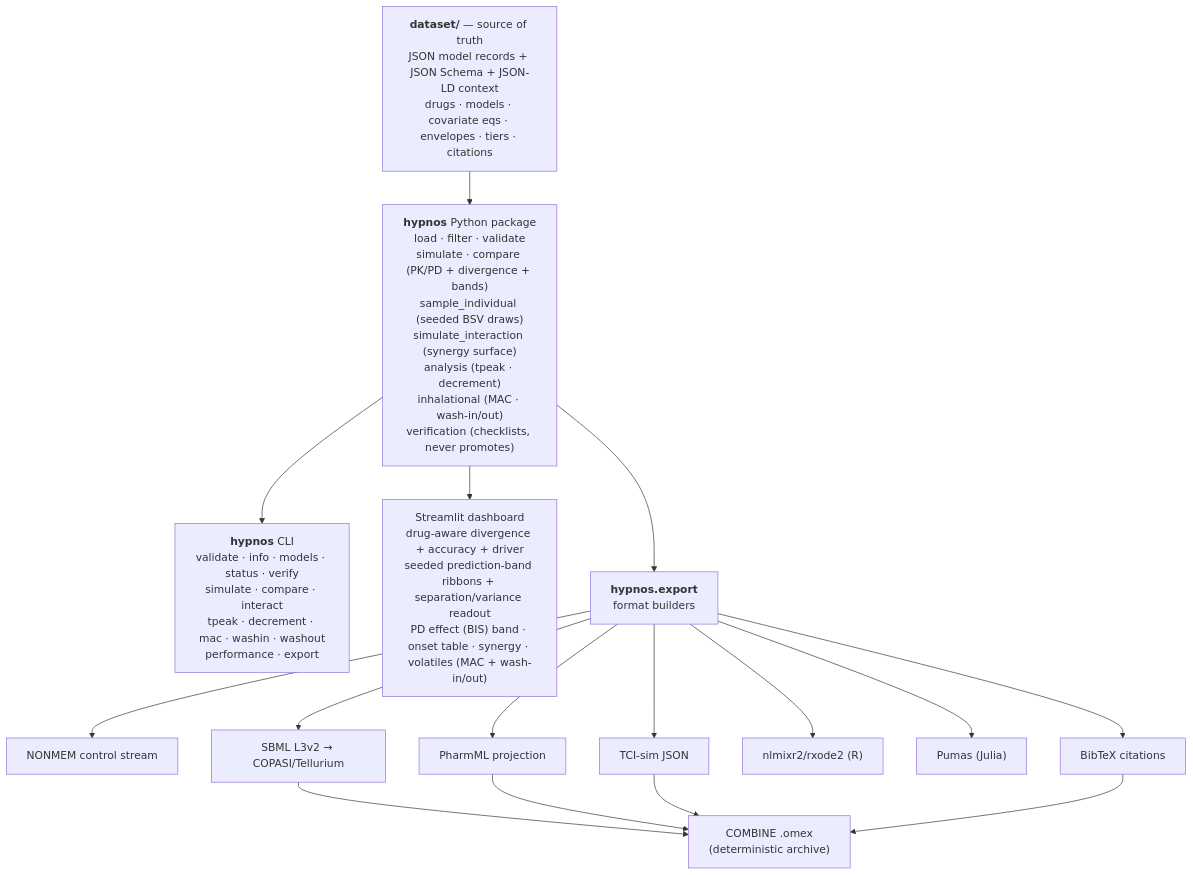
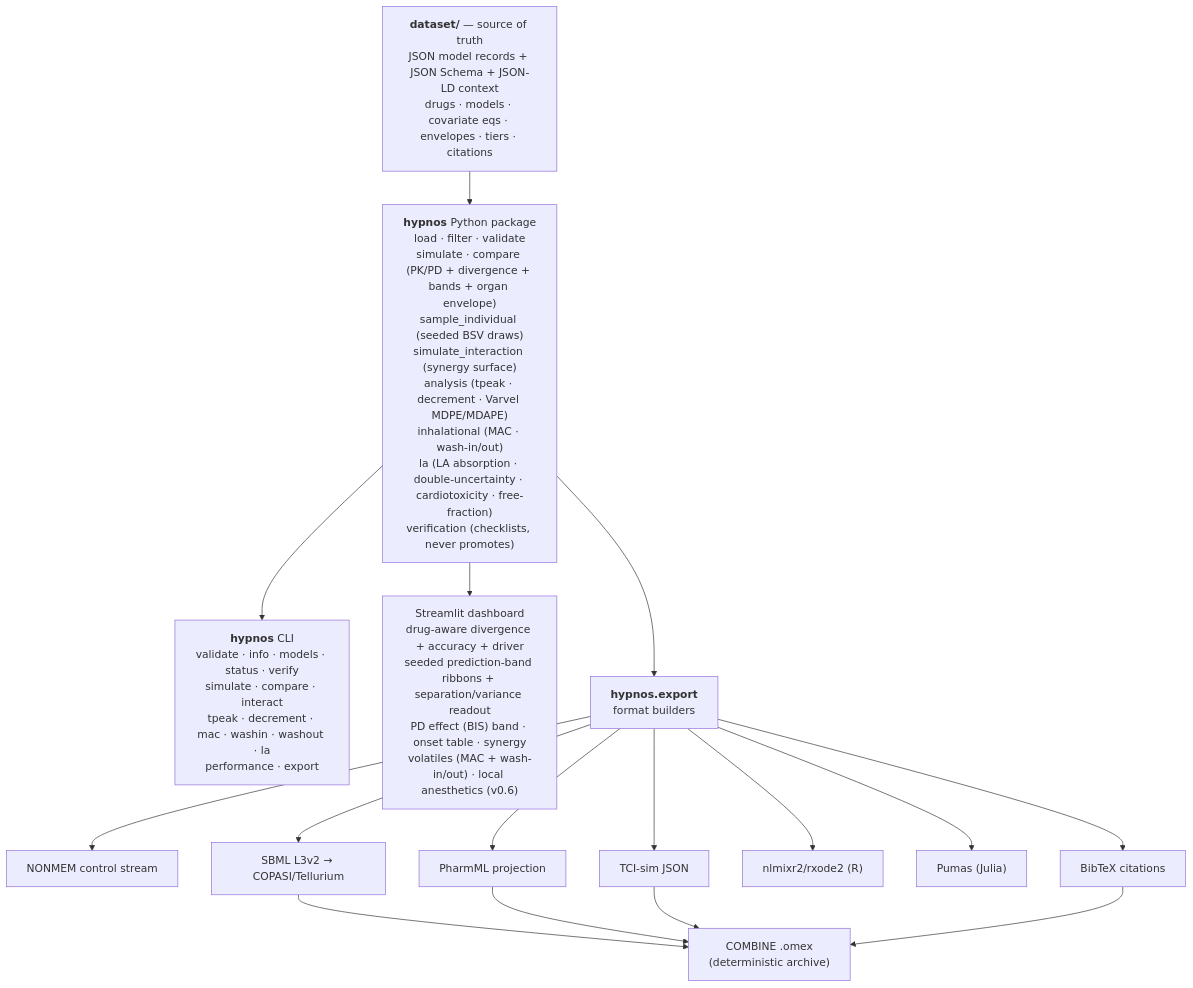
Before and after one commit to clay-good/hypnos: the first of 3 diagrams in README.md, drawn with Mermaid. The commit also changed other lines of this file and 3 other files, not shown here.

````diff
--- a/README.md
+++ b/README.md
@@ -447,19 +447,19 @@
 ```mermaid
 flowchart TD
     DS["<b>dataset/</b> — source of truth<br/>JSON model records + JSON Schema + JSON-LD context<br/>drugs · models · covariate eqs · envelopes · tiers · citations"]
-    DS --> PKG["<b>hypnos</b> Python package<br/>load · filter · validate<br/>simulate · compare (PK/PD + divergence + bands)<br/>sample_individual (seeded BSV draws)<br/>simulate_interaction (synergy surface)<br/>analysis (tpeak · decrement)<br/>inhalational (MAC · wash-in/out)<br/>verification (checklists, never promotes)"]
-    PKG --> CLI["<b>hypnos</b> CLI<br/>validate · info · models · status · verify<br/>simulate · compare · interact<br/>tpeak · decrement · mac · washin · washout<br/>performance · export"]
-    PKG --> DASH["Streamlit dashboard<br/>drug-aware divergence + accuracy + driver<br/>seeded prediction-band ribbons + separation/variance readout<br/>PD effect (BIS) band · onset table · synergy · volatiles (MAC + wash-in/out)"]
+    DS --> PKG["<b>hypnos</b> Python package<br/>load · filter · validate<br/>simulate · compare (PK/PD + divergence + bands + organ envelope)<br/>sample_individual (seeded BSV draws)<br/>simulate_interaction (synergy surface)<br/>analysis (tpeak · decrement · Varvel MDPE/MDAPE)<br/>inhalational (MAC · wash-in/out)<br/>la (LA absorption · double-uncertainty · cardiotoxicity · free-fraction)<br/>verification (checklists, never promotes)"]
+    PKG --> CLI["<b>hypnos</b> CLI<br/>validate · info · models · status · verify<br/>simulate · compare · interact<br/>tpeak · decrement · mac · washin · washout · la<br/>performance · export"]
+    PKG --> DASH["Streamlit dashboard<br/>drug-aware divergence + accuracy + driver<br/>seeded prediction-band ribbons + separation/variance readout<br/>PD effect (BIS) band · onset table · synergy<br/>volatiles (MAC + wash-in/out) · local anesthetics (v0.6)"]
     PKG --> EXP["<b>hypnos.export</b><br/>format builders"]
     EXP --> NM["NONMEM control stream"]
     EXP --> PHARMML["PharmML projection"]
     EXP --> SBML["SBML L3v2 → COPASI/Tellurium"]
     EXP --> TCIJSON["TCI-sim JSON"]
     EXP --> RX["nlmixr2/rxode2 (R)"]
     EXP --> PUMAS["Pumas (Julia)"]
     EXP --> BIB["BibTeX citations"]
     SBML --> OMEX["COMBINE .omex<br/>(deterministic archive)"]
     PHARMML --> OMEX
     TCIJSON --> OMEX
     BIB --> OMEX
 ```
````
